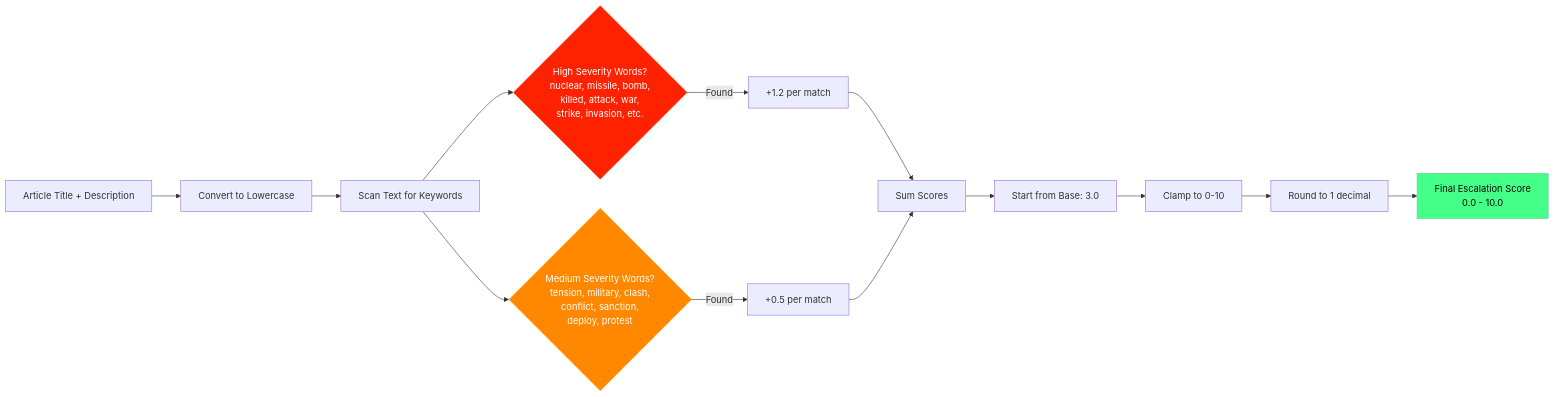
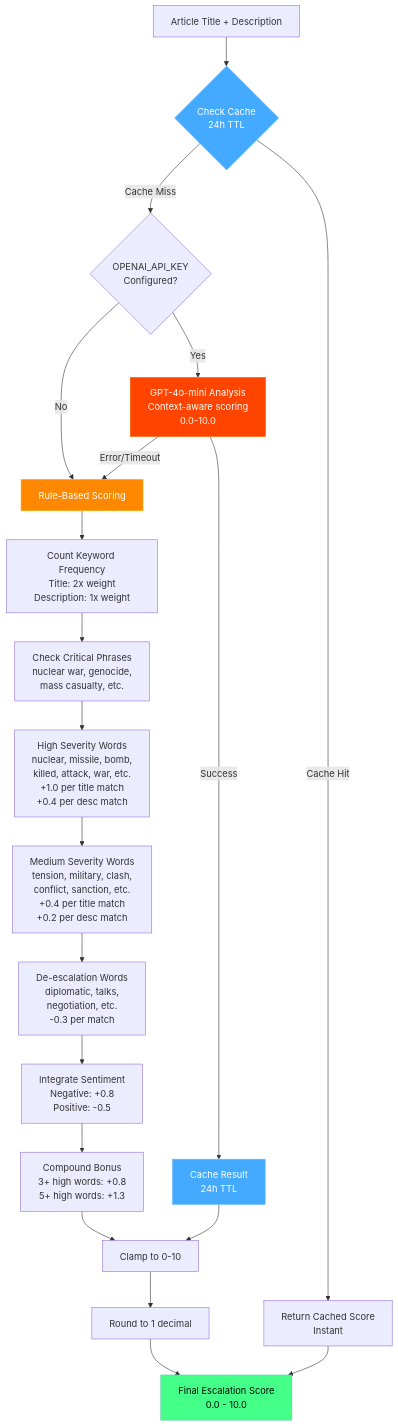
One commit to RickWithThePortalGun/WCI changed the second of 3 diagrams in ARCHITECTURE.md. Above: the diagram before and after it, drawn with Mermaid. The commit also changed other lines of this file and 1 other file, not shown here.

````diff
--- a/ARCHITECTURE.md
+++ b/ARCHITECTURE.md
@@ -110,22 +117,33 @@
 ```mermaid
-flowchart LR
-    Start[Article Title + Description] --> Lower[Convert to Lowercase]
-    Lower --> Scan[Scan Text for Keywords]
+flowchart TD
+    Start[Article Title + Description] --> CheckCache{Check Cache<br/>24h TTL}
     
-    Scan --> HighWords{High Severity Words?<br/>nuclear, missile, bomb,<br/>killed, attack, war,<br/>strike, invasion, etc.}
-    Scan --> MedWords{Medium Severity Words?<br/>tension, military, clash,<br/>conflict, sanction,<br/>deploy, protest}
+    CheckCache -->|Cache Hit| CachedScore[Return Cached Score<br/>Instant]
+    CheckCache -->|Cache Miss| HasAPIKey{OPENAI_API_KEY<br/>Configured?}
     
-    HighWords -->|Found| AddHigh[+1.2 per match]
-    MedWords -->|Found| AddMed[+0.5 per match]
+    HasAPIKey -->|Yes| AIScoring[GPT-4o-mini Analysis<br/>Context-aware scoring<br/>0.0-10.0]
+    HasAPIKey -->|No| RuleBased[Rule-Based Scoring]
     
-    AddHigh --> Sum[Sum Scores]
-    AddMed --> Sum
-    Sum --> Base[Start from Base: 3.0]
-    Base --> Clamp[Clamp to 0-10]
+    AIScoring -->|Success| CacheResult[Cache Result<br/>24h TTL]
+    AIScoring -->|Error/Timeout| RuleBased
+    
+    RuleBased --> Frequency[Count Keyword Frequency<br/>Title: 2x weight<br/>Description: 1x weight]
+    Frequency --> CriticalPhrases[Check Critical Phrases<br/>nuclear war, genocide,<br/>mass casualty, etc.]
+    CriticalPhrases --> HighWords[High Severity Words<br/>nuclear, missile, bomb,<br/>killed, attack, war, etc.<br/>+1.0 per title match<br/>+0.4 per desc match]
+    HighWords --> MedWords[Medium Severity Words<br/>tension, military, clash,<br/>conflict, sanction, etc.<br/>+0.4 per title match<br/>+0.2 per desc match]
+    MedWords --> DeEscalate[De-escalation Words<br/>diplomatic, talks,<br/>negotiation, etc.<br/>-0.3 per match]
+    DeEscalate --> Sentiment[Integrate Sentiment<br/>Negative: +0.8<br/>Positive: -0.5]
+    Sentiment --> Compound[Compound Bonus<br/>3+ high words: +0.8<br/>5+ high words: +1.3]
+    Compound --> Clamp[Clamp to 0-10]
+    
+    CacheResult --> Clamp
     Clamp --> Round[Round to 1 decimal]
-    Round --> Score[Final Escalation Score<br/>0.0 - 10.0]
+    Round --> FinalScore[Final Escalation Score<br/>0.0 - 10.0]
+    CachedScore --> FinalScore
     
-    style HighWords fill:#ff2200,stroke:#ff4400,color:#fff
-    style MedWords fill:#ff8800,stroke:#ffaa00,color:#fff
-    style Score fill:#44ff88,stroke:#66ccaa,color:#030805
+    style CheckCache fill:#44aaff,stroke:#66bbff,color:#fff
+    style AIScoring fill:#ff4400,stroke:#ff6600,color:#fff
+    style RuleBased fill:#ff8800,stroke:#ffaa00,color:#fff
+    style FinalScore fill:#44ff88,stroke:#66ccaa,color:#030805
+    style CacheResult fill:#44aaff,stroke:#66bbff,color:#fff
 ```
````
